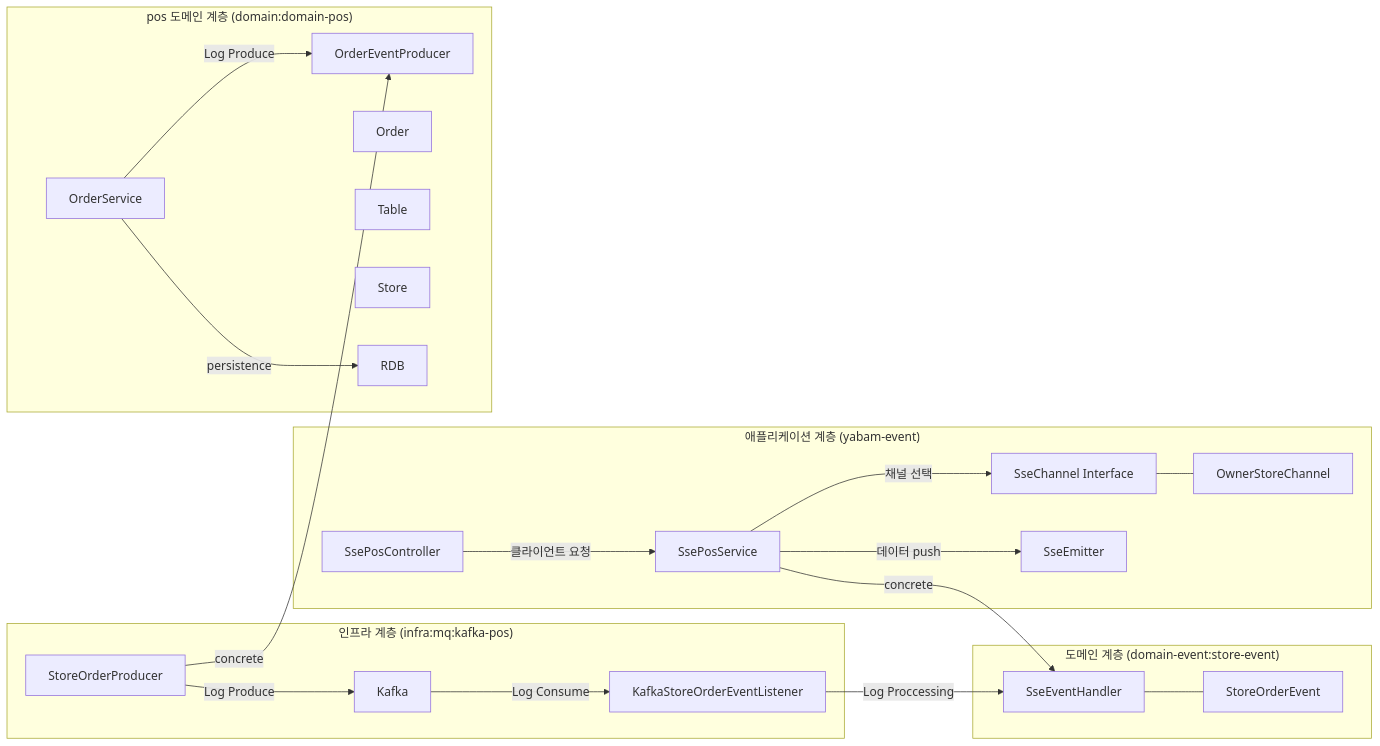
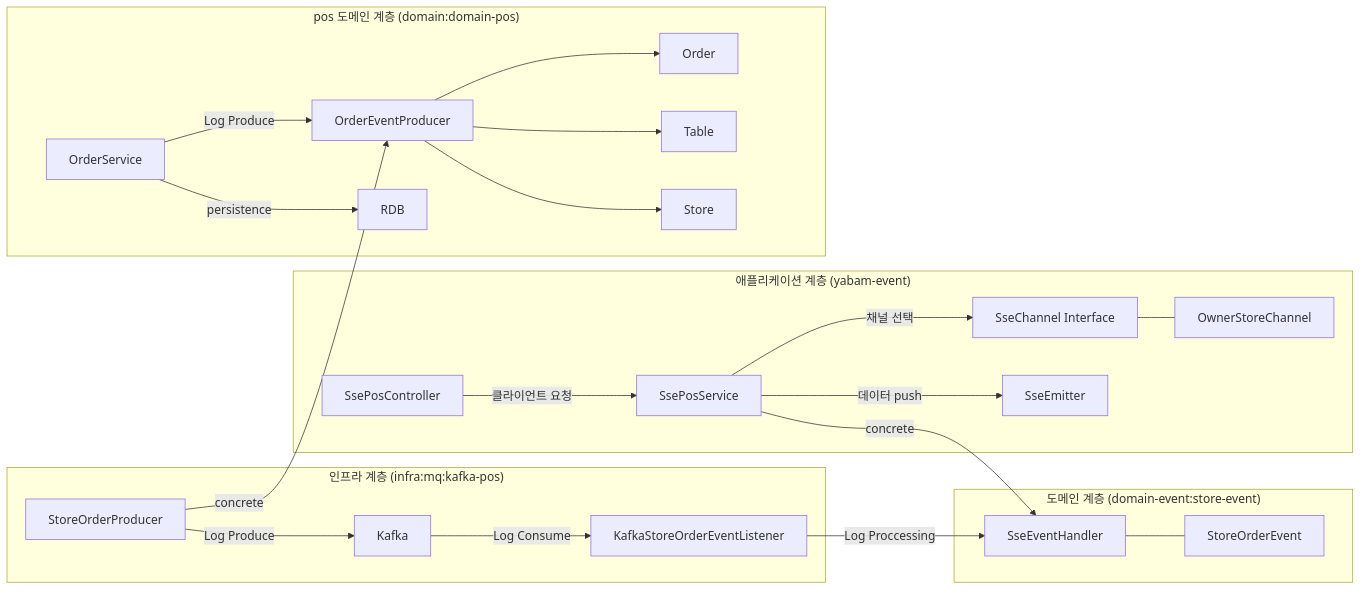
Before and after one commit to Kumoh-talk/YABAM-Festival-Backend: the fourth of 4 diagrams in application/yabam/yabam-event/README.md, drawn with Mermaid.

Commit message:
docs: 문서 오류 수정

````diff
--- a/application/yabam/yabam-event/README.md
+++ b/application/yabam/yabam-event/README.md
@@ -111,50 +111,53 @@
 ```mermaid
 graph LR
 
 %% 도메인 계층을 중앙에 배치
     subgraph "도메인 계층 (domain-event:store-event)"
         A[StoreOrderEvent]
         E[SseEventHandler]
         E --- A
     end
 
 %% 인프라 계층을 위쪽에 배치
     subgraph "인프라 계층 (infra:mq:kafka-pos)"
         F[KafkaStoreOrderEventListener]
         G[Kafka]
         D[StoreOrderProducer]
     end
 
 %% 애플리케이션 계층을 아래쪽에 배치
     subgraph "애플리케이션 계층 (yabam-event)"
         H[SsePosController]
         I[SsePosService]
         J[SseChannel Interface]
         K[OwnerStoreChannel]
         P[SseEmitter]
         J --- K
     end
 
 %% domain-pos 계층
     subgraph "pos 도메인  계층 (domain:domain-pos)"
         C[OrderEventProducer]
         L[OrderService]
         order[Order]
         table[Table]
         store[Store]
         RDB[RDB]
     end
 
     L -->|persistence| RDB
     L -->|Log Produce| C
+    C --> order
+    C --> table
+    C --> store
 %% 연결 관계 설정
     D -->|Log Produce| G
     G -->|Log Consume| F
     F -->|Log Proccessing| E
     I -->|채널 선택| J
     H -->|클라이언트 요청| I
     I -->|데이터 push| P
     I -->|concrete| E
 %% Yabam Core에서 이벤트 생성 관계 추가
     D -->|concrete| C
 ```
````
